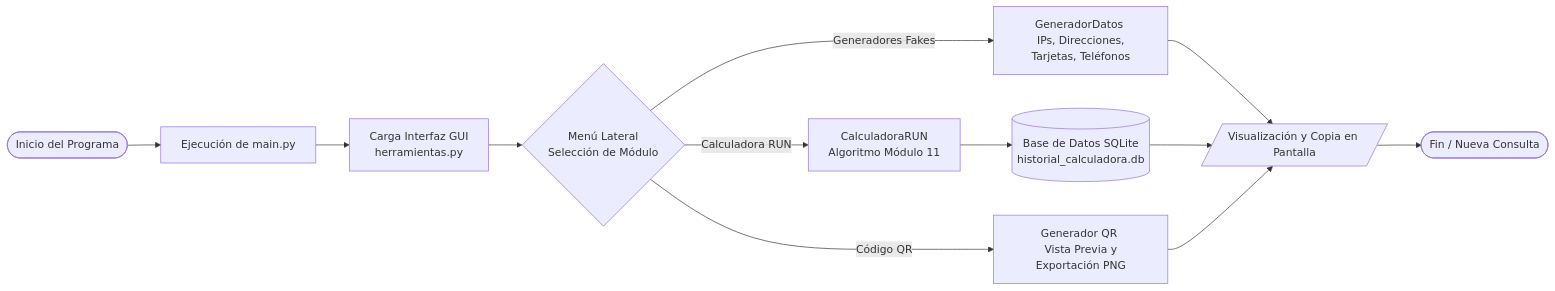
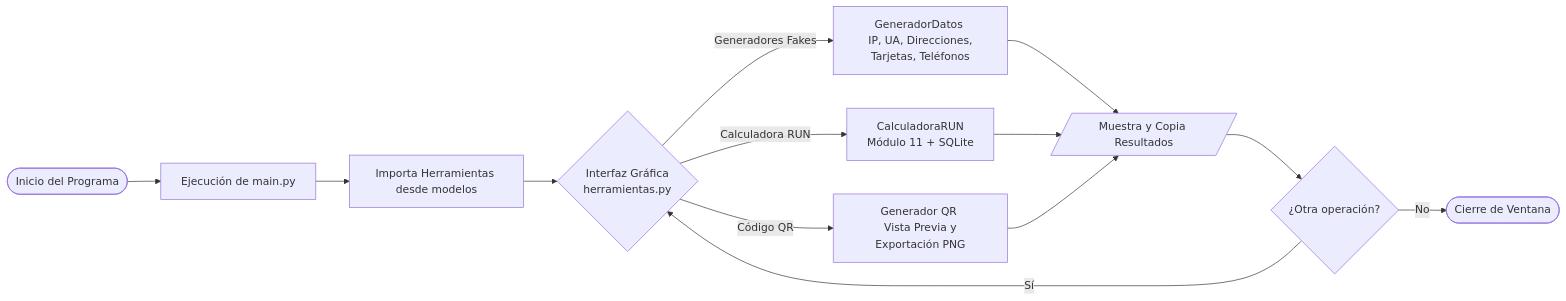
One commit to VicenteRC-Dev/Trabajo-programacion changed the diagram in README.md. Above: the diagram before and after it, drawn with Mermaid. The commit also changed other lines of this file, not shown here.

````diff
--- a/README.md
+++ b/README.md
@@ -68,14 +57,15 @@
 ```mermaid
 graph LR
     A([Inicio del Programa]) --> B[Ejecución de main.py]
-    B --> C[Carga Interfaz GUI <br> herramientas.py]
-    C --> D{Menú Lateral <br> Selección de Módulo}
-    D -->|Generadores Fakes| E[GeneradorDatos <br> IPs, Direcciones, Tarjetas, Teléfonos]
-    D -->|Calculadora RUN| F[CalculadoraRUN <br> Algoritmo Módulo 11]
-    F --> G[(Base de Datos SQLite <br> historial_calculadora.db)]
-    D -->|Código QR| H[Generador QR <br> Vista Previa y Exportación PNG]
-    E --> I[/Visualización y Copia en Pantalla/]
-    G --> I
-    H --> I
-    I --> J([Fin / Nueva Consulta])
+    B --> C[Importa Herramientas desde modelos]
+    C --> D{Interfaz Gráfica <br> herramientas.py}
+    D -->|Generadores Fakes| E[GeneradorDatos <br> IP, UA, Direcciones, Tarjetas, Teléfonos]
+    D -->|Calculadora RUN| F[CalculadoraRUN <br> Módulo 11 + SQLite]
+    D -->|Código QR| G[Generador QR <br> Vista Previa y Exportación PNG]
+    E --> H[/Muestra y Copia Resultados/]
+    F --> H
+    G --> H
+    H --> I{¿Otra operación?}
+    I -->|Sí| D
+    I -->|No| J([Cierre de Ventana])
 ```
````
